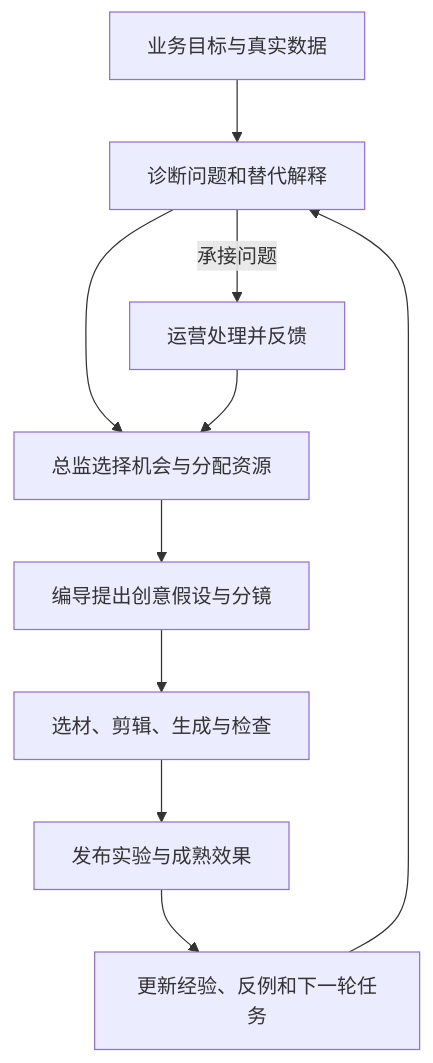
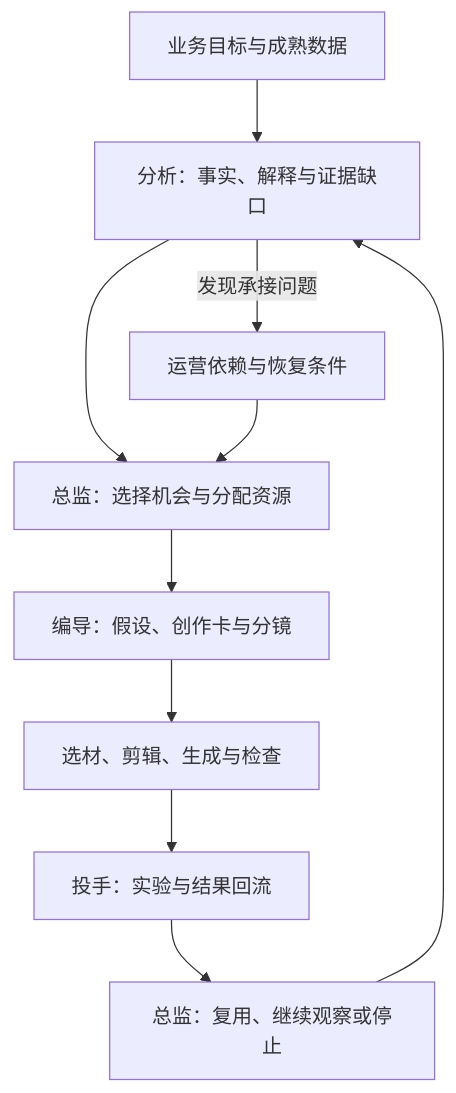
One commit to bigKING67/blog changed the diagram in src/content/posts/from-datahub-to-ai-hub-02-agent-content-production.md. Above: the diagram before and after it, drawn with Mermaid. The commit also changed other lines of this file and 1 other file, not shown here.

````diff
--- a/src/content/posts/from-datahub-to-ai-hub-02-agent-content-production.md
+++ b/src/content/posts/from-datahub-to-ai-hub-02-agent-content-production.md
@@ -79,12 +93,12 @@
 ```mermaid
 flowchart TD
-  A[业务目标与真实数据] --> B[诊断问题和替代解释]
-  B --> C[总监选择机会与分配资源]
-  C --> D[编导提出创意假设与分镜]
+  A[业务目标与成熟数据] --> B[分析：事实、解释与证据缺口]
+  B --> C[总监：选择机会与分配资源]
+  C --> D[编导：假设、创作卡与分镜]
   D --> E[选材、剪辑、生成与检查]
-  E --> F[发布实验与成熟效果]
-  F --> G[更新经验、反例和下一轮任务]
+  E --> F[投手：实验与结果回流]
+  F --> G[总监：复用、继续观察或停止]
   G --> B
-  B -->|承接问题| H[运营处理并反馈]
+  B -->|发现承接问题| H[运营依赖与恢复条件]
   H --> C
 ```
````
